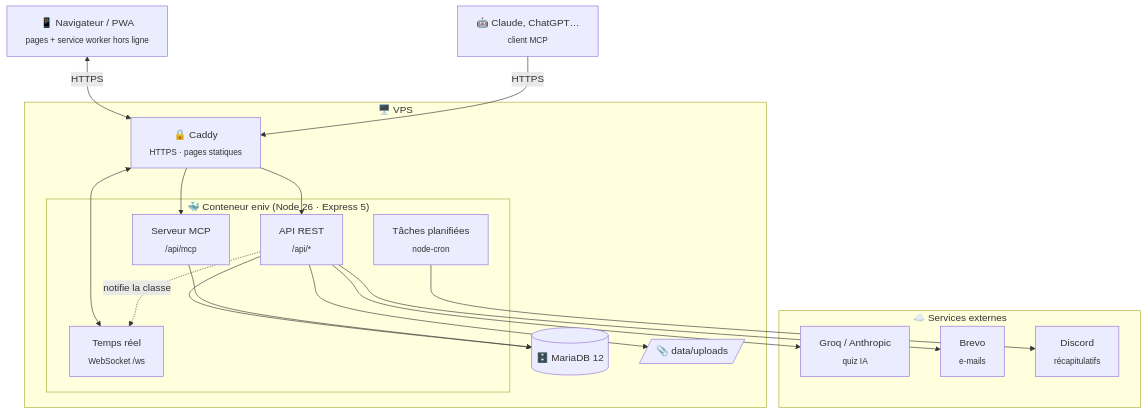
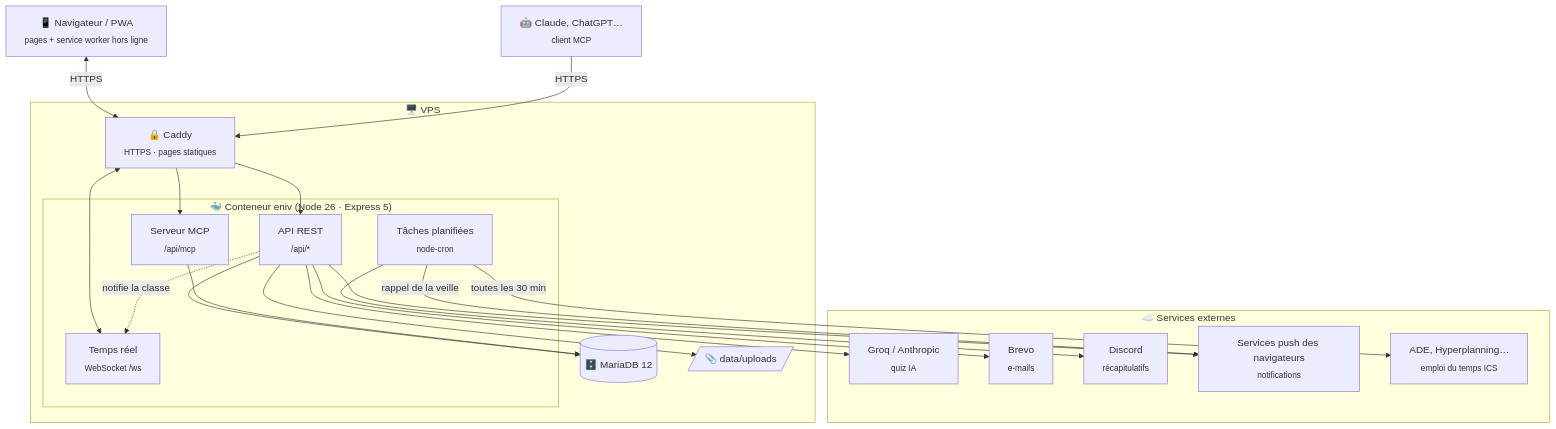
Before and after one commit to ENIV-ENT/ENIV: the first of 2 diagrams in README.md, drawn with Mermaid. The commit also changed other lines of this file and 3 other files, not shown here.

First line of the commit message:
docs(readme): fonctionnalités déployées, emploi du temps et retrait de « En cours de revue »

````diff
--- a/README.md
+++ b/README.md
@@ -102,36 +103,41 @@
 ```mermaid
 flowchart TB
     Eleve["📱 Navigateur / PWA<br/><sub>pages + service worker hors ligne</sub>"]
     Assist["🤖 Claude, ChatGPT…<br/><sub>client MCP</sub>"]
 
     subgraph VPS["🖥️ VPS"]
         Caddy["🔒 Caddy<br/><sub>HTTPS · pages statiques</sub>"]
         subgraph App["🐳 Conteneur eniv (Node 26 · Express 5)"]
             API["API REST<br/><sub>/api/*</sub>"]
             WS["Temps réel<br/><sub>WebSocket /ws</sub>"]
             MCP["Serveur MCP<br/><sub>/api/mcp</sub>"]
             Cron["Tâches planifiées<br/><sub>node-cron</sub>"]
         end
         DB[("🗄️ MariaDB 12")]
         Up[/"📎 data/uploads"/]
     end
 
     subgraph Ext["☁️ Services externes"]
         IA["Groq / Anthropic<br/><sub>quiz IA</sub>"]
         Mail["Brevo<br/><sub>e-mails</sub>"]
         Discord["Discord<br/><sub>récapitulatifs</sub>"]
+        Push["Services push des navigateurs<br/><sub>notifications</sub>"]
+        ICS["ADE, Hyperplanning…<br/><sub>emploi du temps ICS</sub>"]
     end
 
     Eleve <-->|HTTPS| Caddy
     Assist -->|HTTPS| Caddy
     Caddy --> API
     Caddy <--> WS
     Caddy --> MCP
     API -. "notifie la classe" .-> WS
     API --> DB
     MCP --> DB
     API --> Up
     API --> IA
     API --> Mail
+    API --> Push
     Cron --> Discord
+    Cron -->|rappel de la veille| Push
+    Cron -->|toutes les 30 min| ICS
 ```
````
